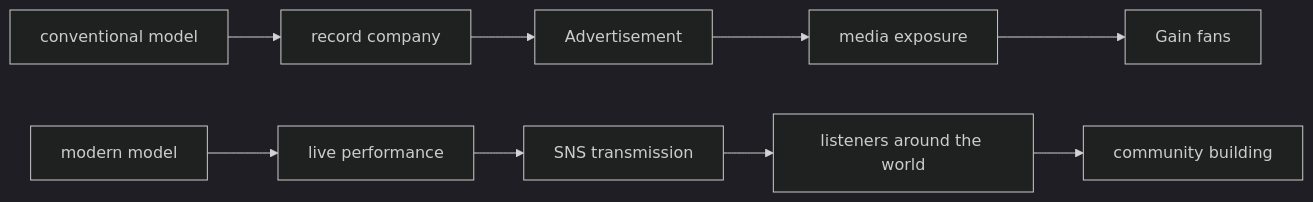
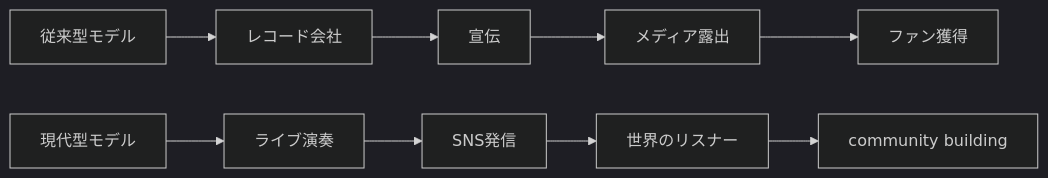
Before and after one commit to monumental-movement/monumental-movement.github.io: diagram 12 of 16 in en/_posts/2026-08-04-column-high-fade.md, drawn with Mermaid (dark theme). The commit also changed other lines of this file and 2196 other files, not shown here.

```diff
--- a/en/_posts/2026-08-04-column-high-fade.md
+++ b/en/_posts/2026-08-04-column-high-fade.md
@@ -1346,24 +1345,24 @@
 <div class="mermaid">
 flowchart LR
-A[conventional model]
-B[record company]
-C[Advertisement]
-D[media exposure]
-E[Gain fans]
+A[従来型モデル]
+B[レコード会社]
+C[宣伝]
+D[メディア露出]
+E[ファン獲得]
 
 A --> B
 B --> C
 C --> D
 D --> E
 
-F[modern model]
-G[live performance]
-H[SNS transmission]
-I[listeners around the world]
+F[現代型モデル]
+G[ライブ演奏]
+H[SNS発信]
+I[世界のリスナー]
 J[community building]
 
 F --> G
 G --> H
 H --> I
 I --> J
 </div>
```
